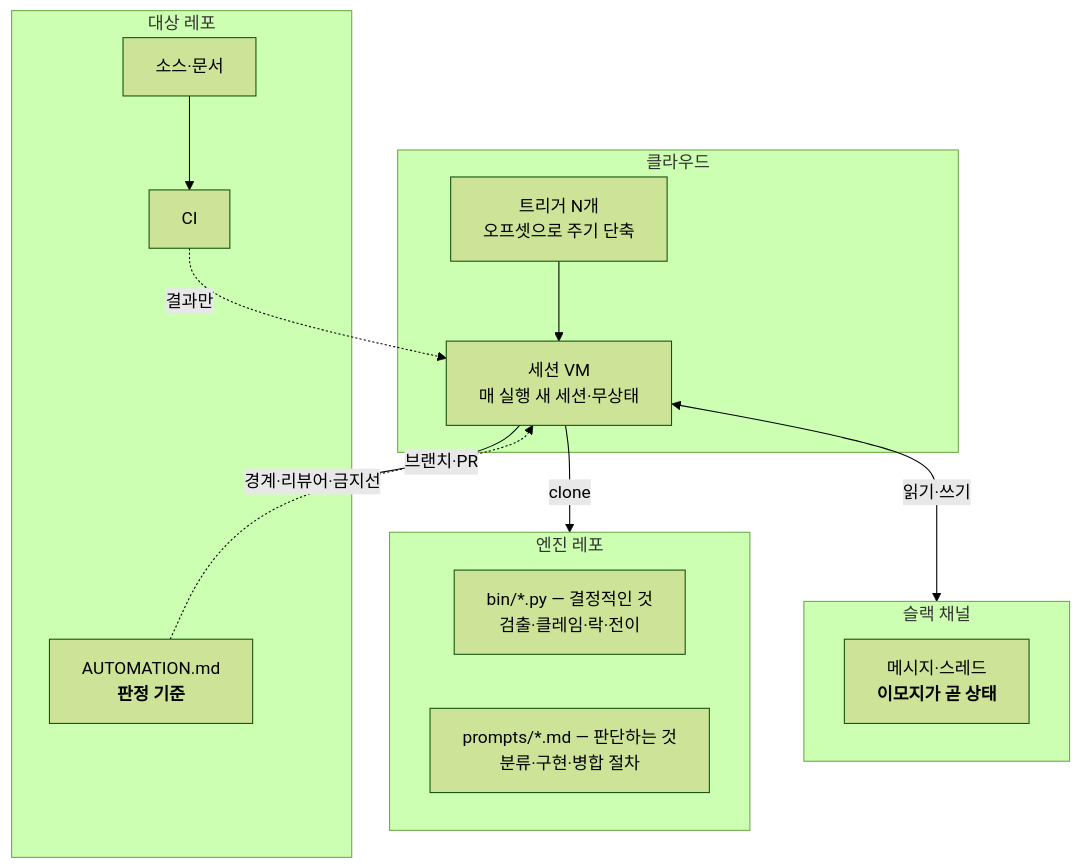
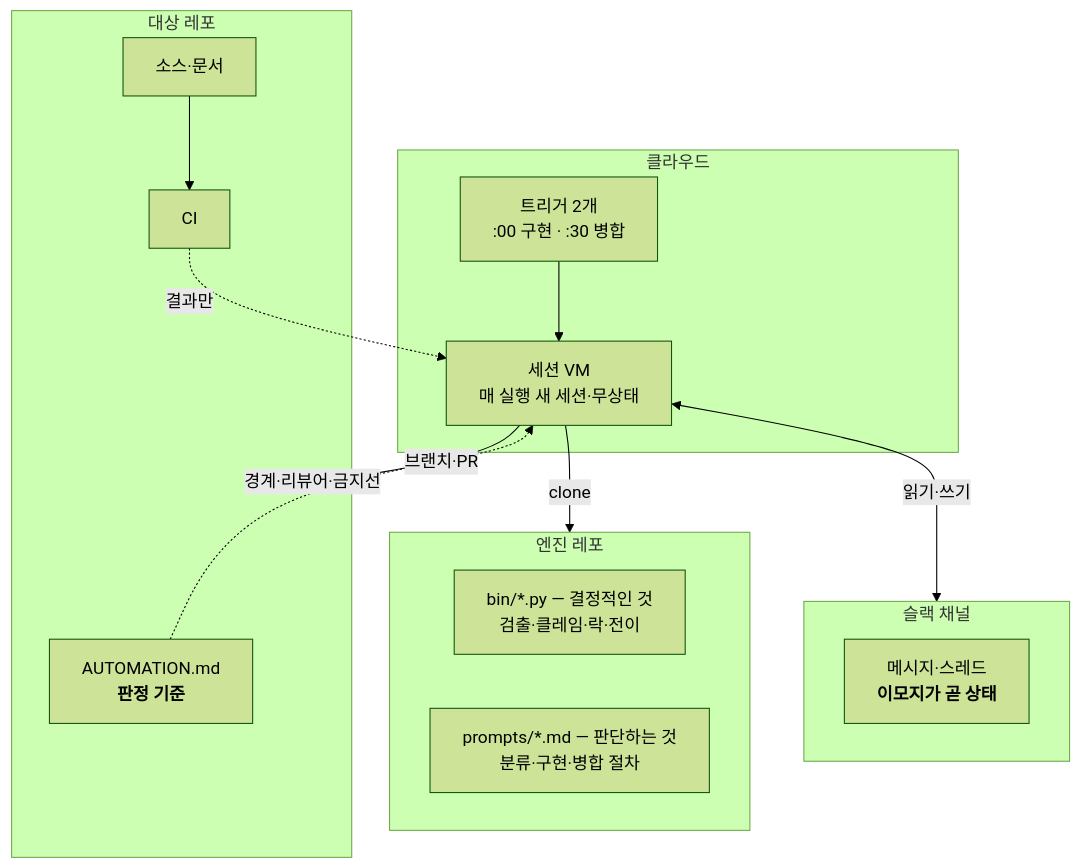
The second of 6 diagrams in docs/design/architecture.md (jonusHK/slack-autopilot), drawn with Mermaid (forest theme) before and after one commit. The commit also changed other lines of this file and 8 other files, not shown here.

````diff
--- a/docs/design/architecture.md
+++ b/docs/design/architecture.md
@@ -27,26 +29,26 @@
 ```mermaid
 flowchart TB
     subgraph SL["슬랙 채널"]
         MSG["메시지·스레드<br/><b>이모지가 곧 상태</b>"]
     end
     subgraph CL["클라우드"]
-        TR["트리거 N개<br/>오프셋으로 주기 단축"]
+        TR["트리거 2개<br/>:00 구현 · :30 병합"]
         VM["세션 VM<br/>매 실행 새 세션·무상태"]
     end
     subgraph EN["엔진 레포"]
         BIN["bin/*.py — 결정적인 것<br/>검출·클레임·락·전이"]
         PRM["prompts/*.md — 판단하는 것<br/>분류·구현·병합 절차"]
     end
     subgraph TG["대상 레포"]
         POL["AUTOMATION.md<br/><b>판정 기준</b>"]
         SRC["소스·문서"]
         CI["CI"]
     end
     TR --> VM
     VM -->|clone| EN
     VM <-->|읽기·쓰기| SL
     VM -->|브랜치·PR| TG
     SRC --> CI
     CI -.->|결과만| VM
     POL -.->|경계·리뷰어·금지선| VM
 ```
````
